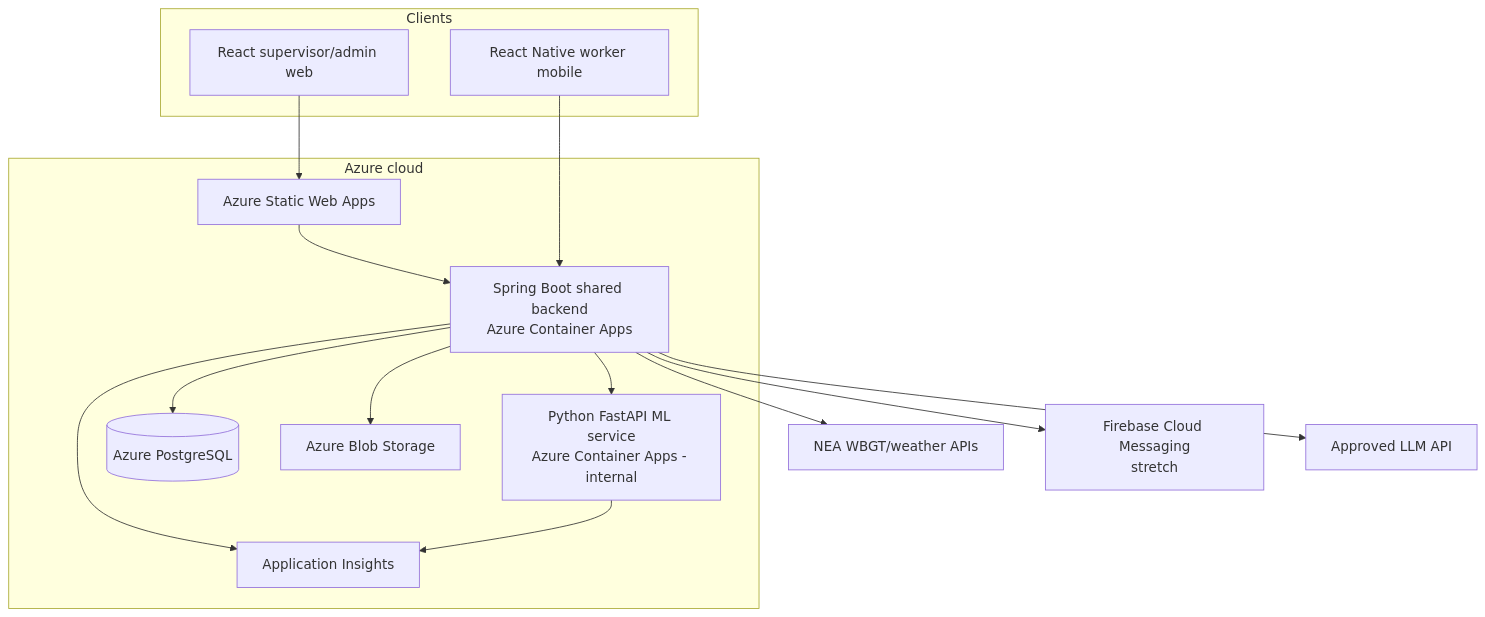
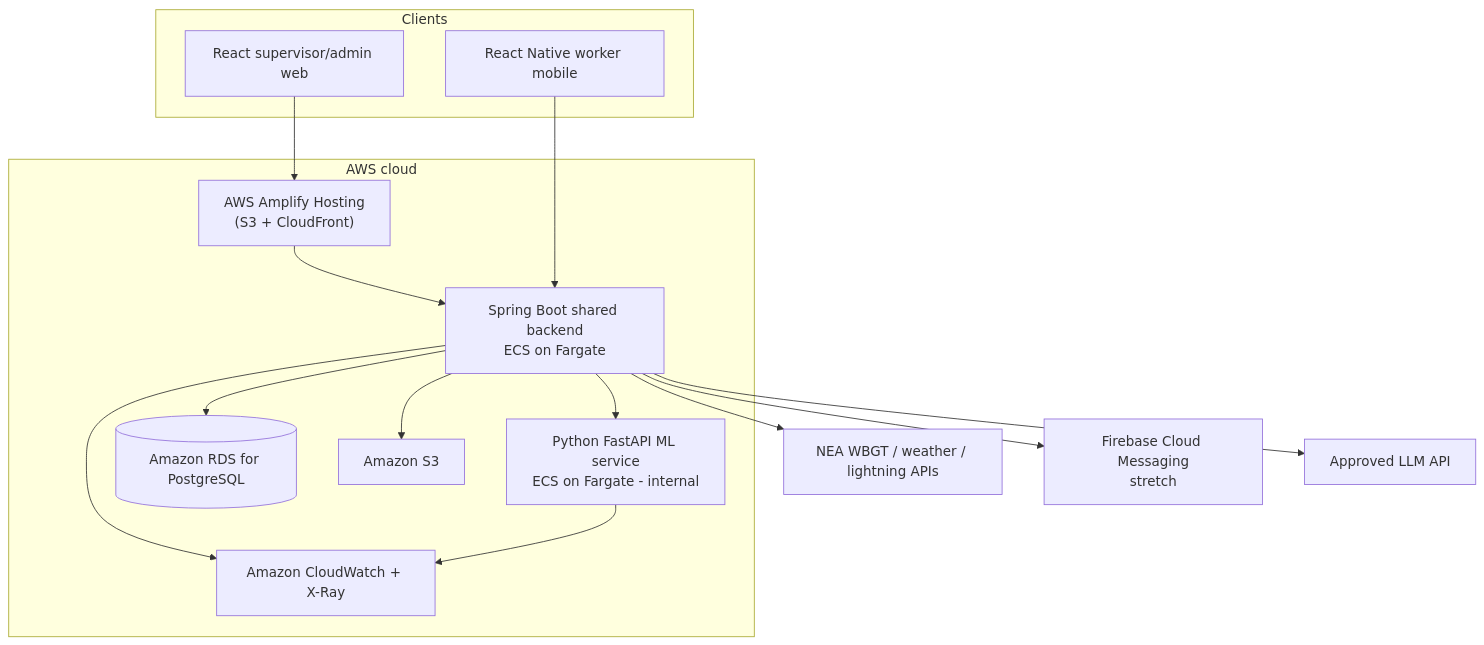
One commit to zctiong-iss/crewsafe changed the third of 5 diagrams in WBGT-CrewSafe-SG-AD-Project-Plan.md. Above: the diagram before and after it, drawn with Mermaid. The commit also changed other lines of this file and 8 other files, not shown here.

Commit message:
Enhance WBGT CrewSafe SG proposal with lightning risk integration and update related documentation

````diff
--- a/WBGT-CrewSafe-SG-AD-Project-Plan.md
+++ b/WBGT-CrewSafe-SG-AD-Project-Plan.md
@@ -640,32 +650,32 @@
 ```mermaid
 flowchart TB
     subgraph Clients
         WEB["React supervisor/admin web"]
         MOB["React Native worker mobile"]
     end
 
-    subgraph Azure["Azure cloud"]
-        SWA["Azure Static Web Apps"]
-        API["Spring Boot shared backend\nAzure Container Apps"]
-        ML["Python FastAPI ML service\nAzure Container Apps - internal"]
-        DB[("Azure PostgreSQL")]
-        BLOB["Azure Blob Storage"]
-        OBS["Application Insights"]
+    subgraph AWS["AWS cloud"]
+        SWA["AWS Amplify Hosting\n(S3 + CloudFront)"]
+        API["Spring Boot shared backend\nECS on Fargate"]
+        ML["Python FastAPI ML service\nECS on Fargate - internal"]
+        DB[("Amazon RDS for PostgreSQL")]
+        BLOB["Amazon S3"]
+        OBS["Amazon CloudWatch + X-Ray"]
     end
 
-    EXT["NEA WBGT/weather APIs"]
+    EXT["NEA WBGT / weather / lightning APIs"]
     FCM["Firebase Cloud Messaging\nstretch"]
     LLM["Approved LLM API"]
 
     WEB --> SWA
     SWA --> API
     MOB --> API
     API --> DB
     API --> BLOB
     API --> ML
     API --> EXT
     API --> LLM
     API --> FCM
     API --> OBS
     ML --> OBS
 ```
````
